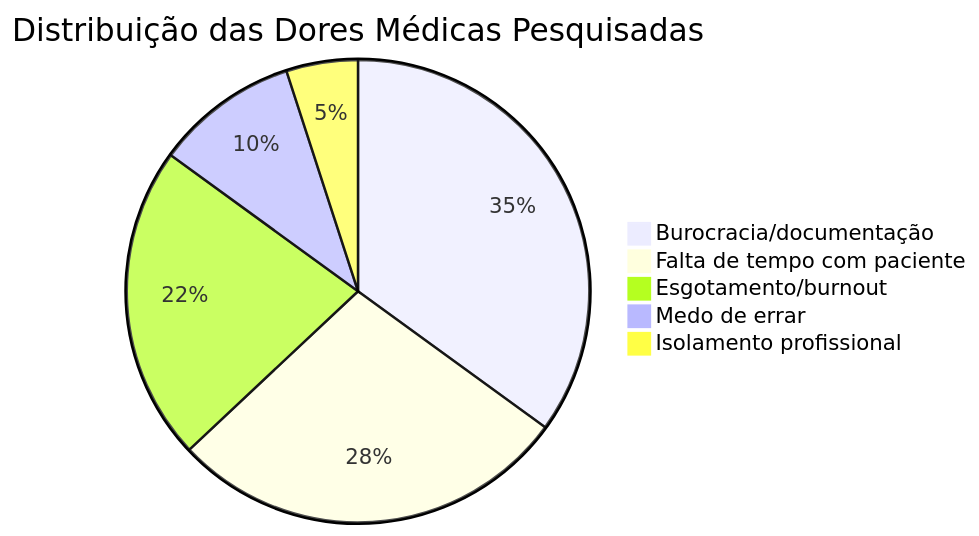
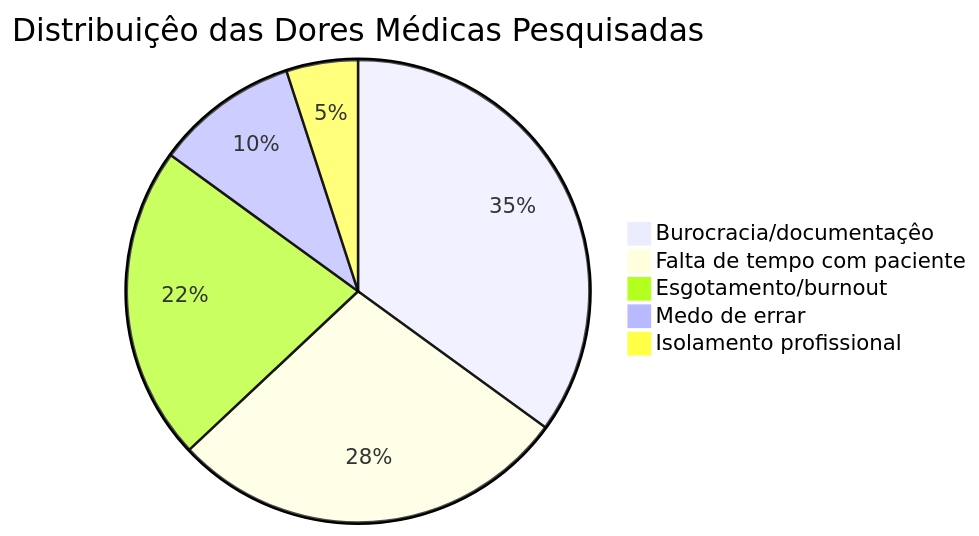
One commit to linnoff88-dev/arckhe-IAMed changed the second of 2 diagrams in doc/research_brief.md. Above: the diagram before and after it, drawn with Mermaid. The commit also changed other lines of this file and 21 other files, not shown here.

````diff
--- a/doc/research_brief.md
+++ b/doc/research_brief.md
@@ -51,8 +51,8 @@
 ```mermaid
-pie title Distribuição das Dores Médicas Pesquisadas
-    "Burocracia/documentação" : 35
+pie title Distribuiçêo das Dores Médicas Pesquisadas
+    "Burocracia/documentaçêo" : 35
     "Falta de tempo com paciente" : 28
     "Esgotamento/burnout" : 22
     "Medo de errar" : 10
     "Isolamento profissional" : 5
 ```
````
